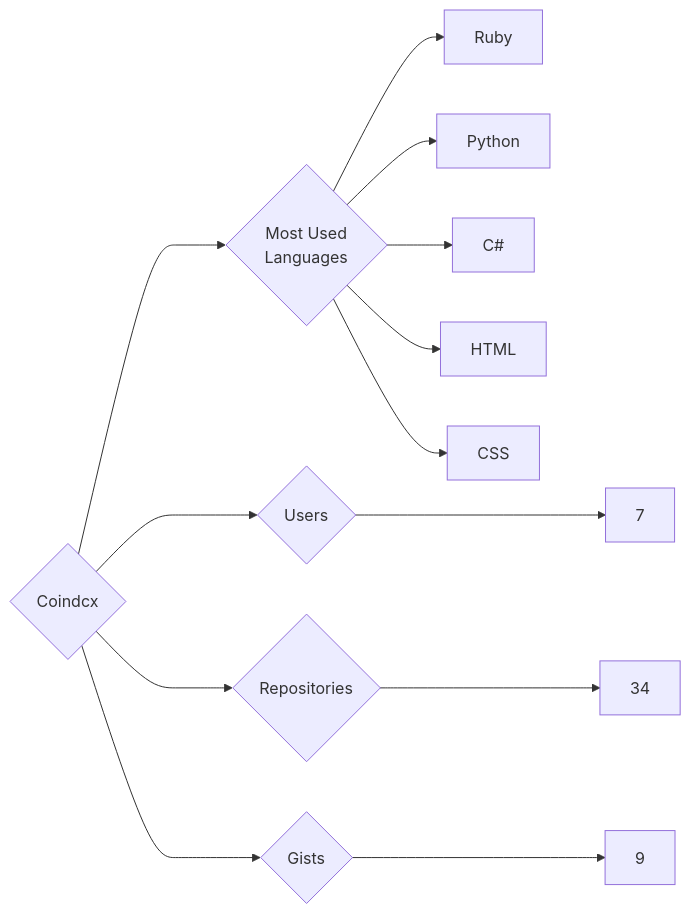
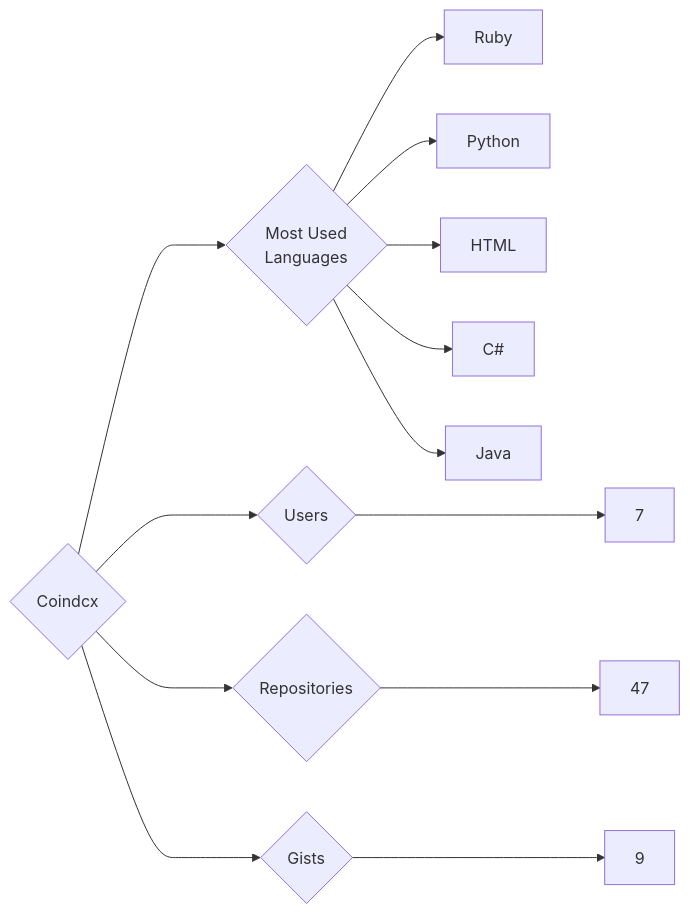
One commit to trickest/insiders changed the diagram in targets/Coindcx/README.md. Above: the diagram before and after it, drawn with Mermaid. The commit also changed 880 other files, not shown here.

````diff
--- a/targets/Coindcx/README.md
+++ b/targets/Coindcx/README.md
@@ -3,13 +3,13 @@
 ```mermaid
 graph LR
 COMPANY_NAME{Coindcx}
 COMPANY_NAME ---> U{Users} ---> UN[7]
-COMPANY_NAME ---> R{Repositories} ---> RN[34]
+COMPANY_NAME ---> R{Repositories} ---> RN[47]
 COMPANY_NAME ---> G{Gists} ---> GN[9]
 COMPANY_NAME ---> ML{Most Used<br>Languages}
 ML --> Ruby[Ruby]
 ML --> Python[Python]
+ML --> HTML[HTML]
 ML --> C#[C#]
-ML --> HTML[HTML]
-ML --> CSS[CSS]
+ML --> Java[Java]
 ```
````
